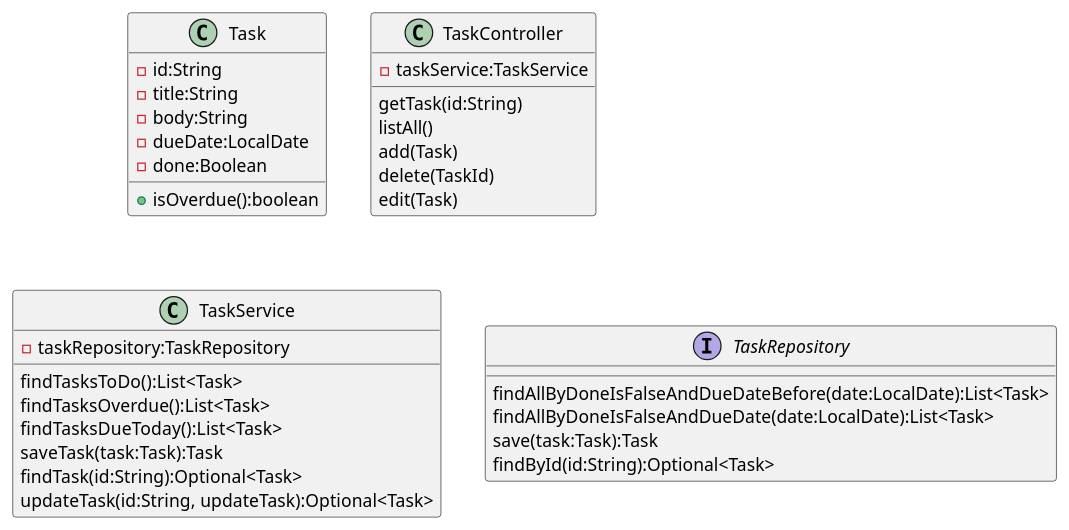
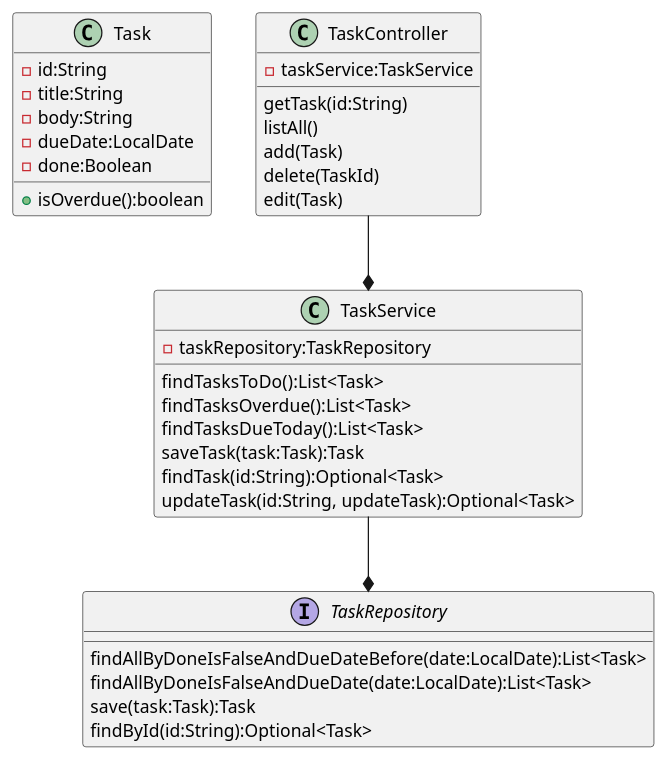
One commit to spockframework/workshop changed the diagram in guide/src/docs/asciidoc/step2.adoc. Above: the diagram before and after it, drawn with PlantUML.

Commit message:
Add composition arrows to class diagram

```diff
--- a/guide/src/docs/asciidoc/step2.adoc
+++ b/guide/src/docs/asciidoc/step2.adoc
@@ -17,38 +17,41 @@
 [plantuml, classes, format=svg]
 ....
 class Task {
     -id:String
     -title:String
     -body:String
     -dueDate:LocalDate
     -done:Boolean
 
     +isOverdue():boolean
 }
 
 class TaskController {
     -taskService:TaskService
     getTask(id:String)
     listAll()
     add(Task)
     delete(TaskId)
     edit(Task)
 }
 
 class TaskService {
     -taskRepository:TaskRepository
     findTasksToDo():List<Task>
     findTasksOverdue():List<Task>
     findTasksDueToday():List<Task>
     saveTask(task:Task):Task
     findTask(id:String):Optional<Task>
     updateTask(id:String, updateTask):Optional<Task>
 }
 
 interface TaskRepository {
     findAllByDoneIsFalseAndDueDateBefore(date:LocalDate):List<Task>
     findAllByDoneIsFalseAndDueDate(date:LocalDate):List<Task>
     save(task:Task):Task
     findById(id:String):Optional<Task>
 }
+
+TaskController --* TaskService
+TaskService --* TaskRepository
 ....
```
